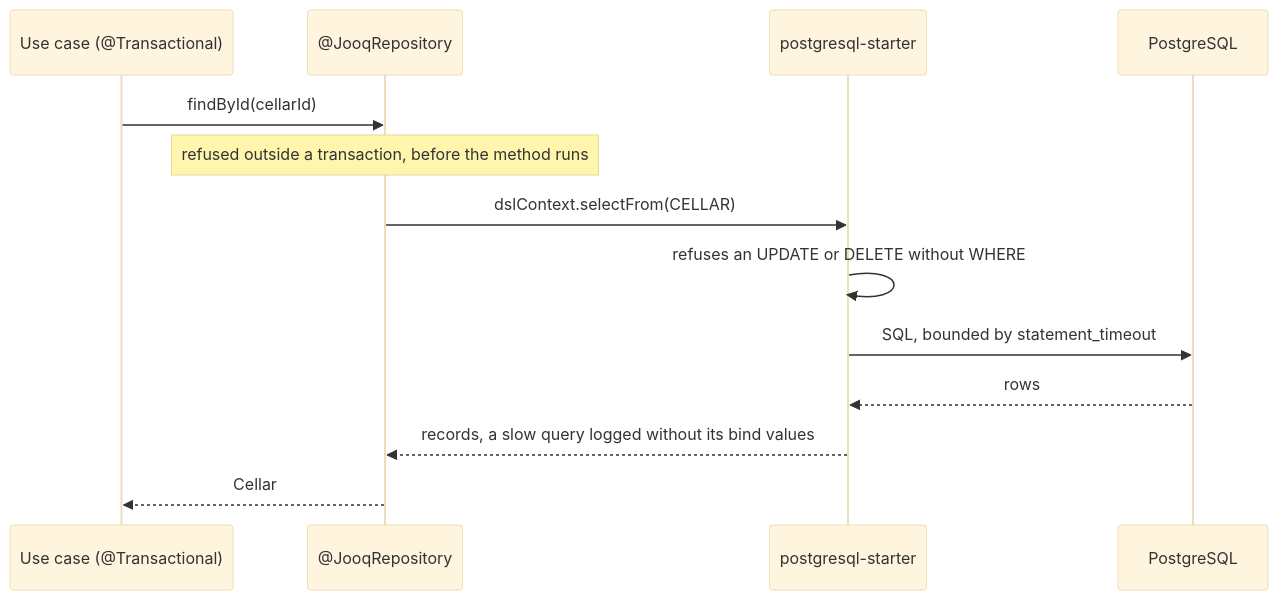
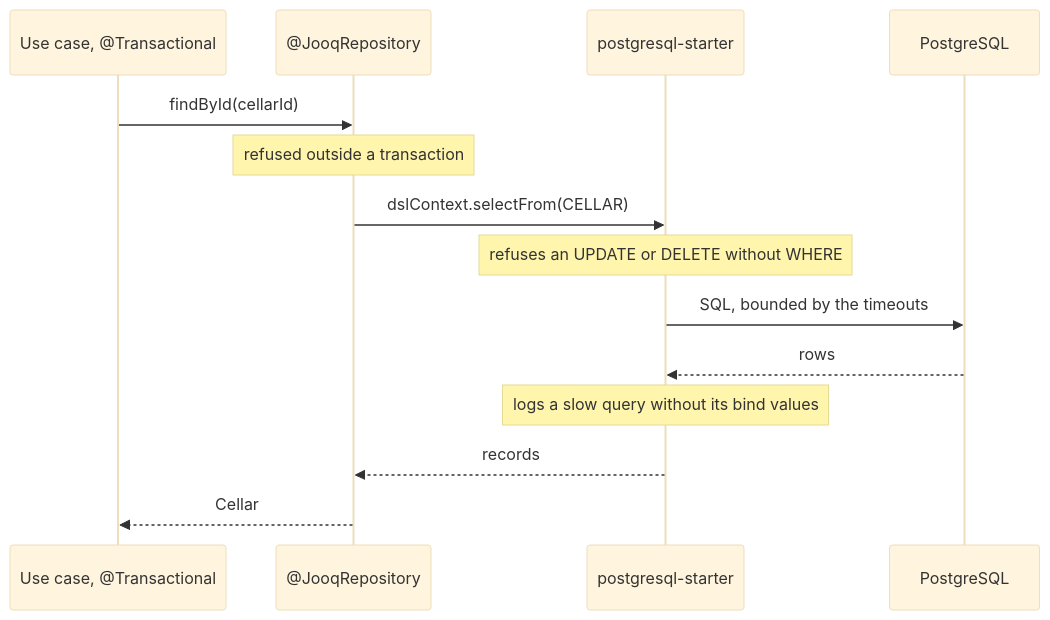
One commit to mboisnard/drinkit changed the second of 2 diagrams in tech-starters/backend/postgresql-starter/README.md. Above: the diagram before and after it, drawn with Mermaid (base theme). The commit also changed other lines of this file and 13 other files, not shown here.

First line of the commit message:
[TECH-STARTER] Shorten each starter README to its purpose, its key diagrams and its usage (#383)

````diff
--- a/tech-starters/backend/postgresql-starter/README.md
+++ b/tech-starters/backend/postgresql-starter/README.md
@@ -19,15 +34,16 @@
 ```mermaid
 sequenceDiagram
-    participant UseCase as Use case (@Transactional)
+    participant UseCase as Use case, @Transactional
     participant Repository as @JooqRepository
     participant Starter as postgresql-starter
     participant Database as PostgreSQL
     UseCase->>Repository: findById(cellarId)
-    Note over Repository: refused outside a transaction, before the method runs
+    Note over Repository: refused outside a transaction
     Repository->>Starter: dslContext.selectFrom(CELLAR)
-    Starter->>Starter: refuses an UPDATE or DELETE without WHERE
-    Starter->>Database: SQL, bounded by statement_timeout
+    Note over Starter: refuses an UPDATE or DELETE without WHERE
+    Starter->>Database: SQL, bounded by the timeouts
     Database-->>Starter: rows
-    Starter-->>Repository: records, a slow query logged without its bind values
+    Note over Starter: logs a slow query without its bind values
+    Starter-->>Repository: records
     Repository-->>UseCase: Cellar
 ```
````
